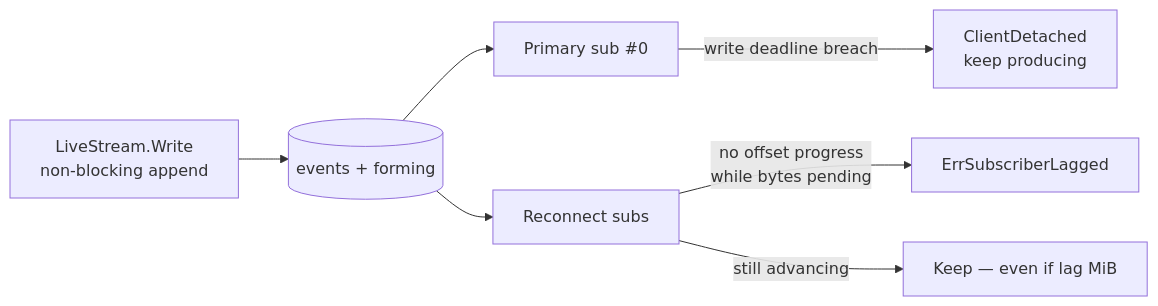
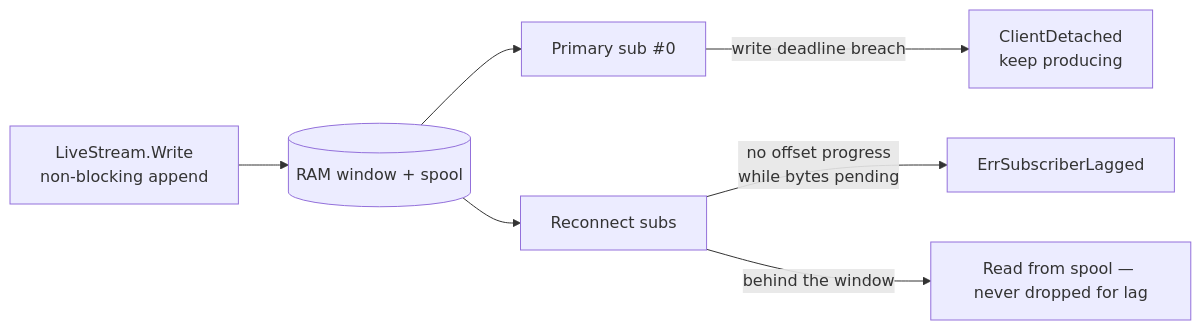
One commit to gonka-ai/gonka changed the sixth of 7 diagrams in devshard/docs/gateway-streaming-ha-overview.md. Above: the diagram before and after it, drawn with Mermaid. The commit also changed other lines of this file and 23 other files, not shown here.

First line of the commit message:
Bound LiveStream with a disk spool and harden streaming same-nonce reconnect.

````diff
--- a/devshard/docs/gateway-streaming-ha-overview.md
+++ b/devshard/docs/gateway-streaming-ha-overview.md
@@ -202,9 +220,9 @@
 ```mermaid
 flowchart LR
-  Prod[LiveStream.Write<br/>non-blocking append] --> Log[(events + forming)]
+  Prod[LiveStream.Write<br/>non-blocking append] --> Log[(RAM window + spool)]
   Log --> P[Primary sub #0]
   Log --> R[Reconnect subs]
   P -->|write deadline breach| DetachP[ClientDetached<br/>keep producing]
   R -->|no offset progress<br/>while bytes pending| Lag[ErrSubscriberLagged]
-  R -->|still advancing| Keep[Keep — even if lag MiB]
+  R -->|behind the window| Disk[Read from spool — never dropped for lag]
 ```
````
